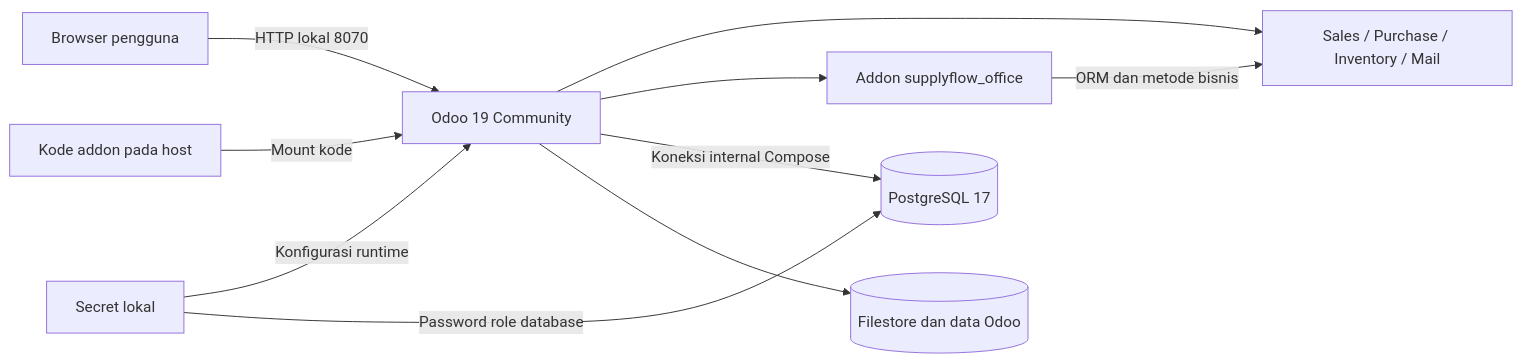
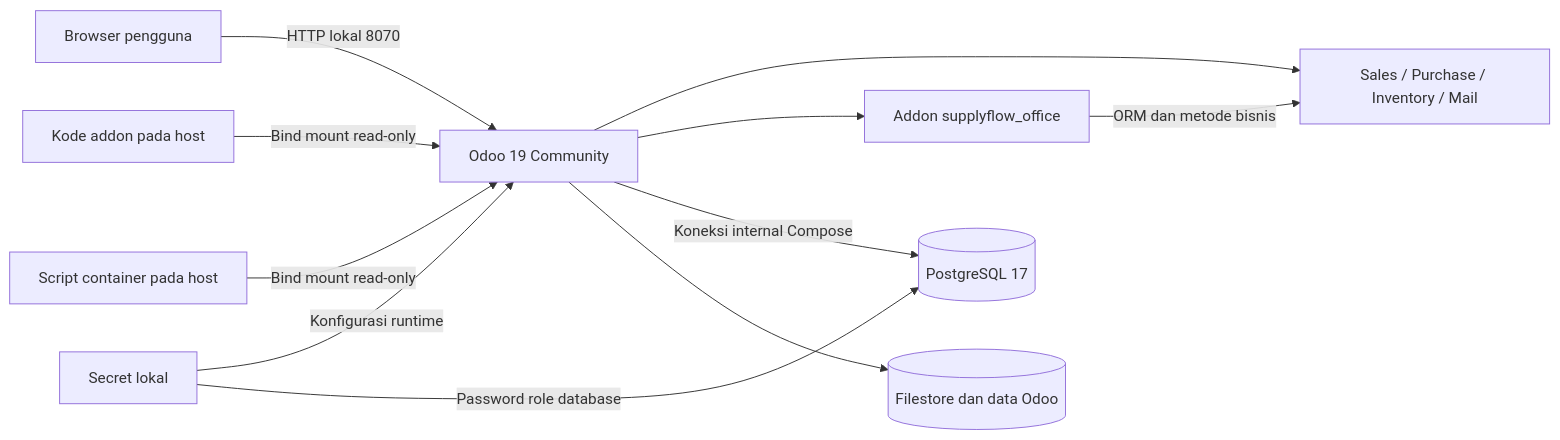
Before and after one commit to zalamanga/supplyflow-odoo: the sixth of 6 diagrams in docs/FLOWS.md, drawn with Mermaid. The commit also changed other lines of this file and 65 other files, not shown here.

````diff
--- a/docs/FLOWS.md
+++ b/docs/FLOWS.md
@@ -127,12 +126,13 @@
 ```mermaid
 flowchart LR
     U[Browser pengguna] -->|HTTP lokal 8070| O[Odoo 19 Community]
     O --> N[Sales / Purchase / Inventory / Mail]
     O --> C[Addon supplyflow_office]
     C -->|ORM dan metode bisnis| N
     O -->|Koneksi internal Compose| P[(PostgreSQL 17)]
     O --> F[(Filestore dan data Odoo)]
-    A[Kode addon pada host] -->|Mount kode| O
+    A[Kode addon pada host] -->|Bind mount read-only| O
+    Q[Script container pada host] -->|Bind mount read-only| O
     S[Secret lokal] -->|Konfigurasi runtime| O
     S -->|Password role database| P
 ```
````
